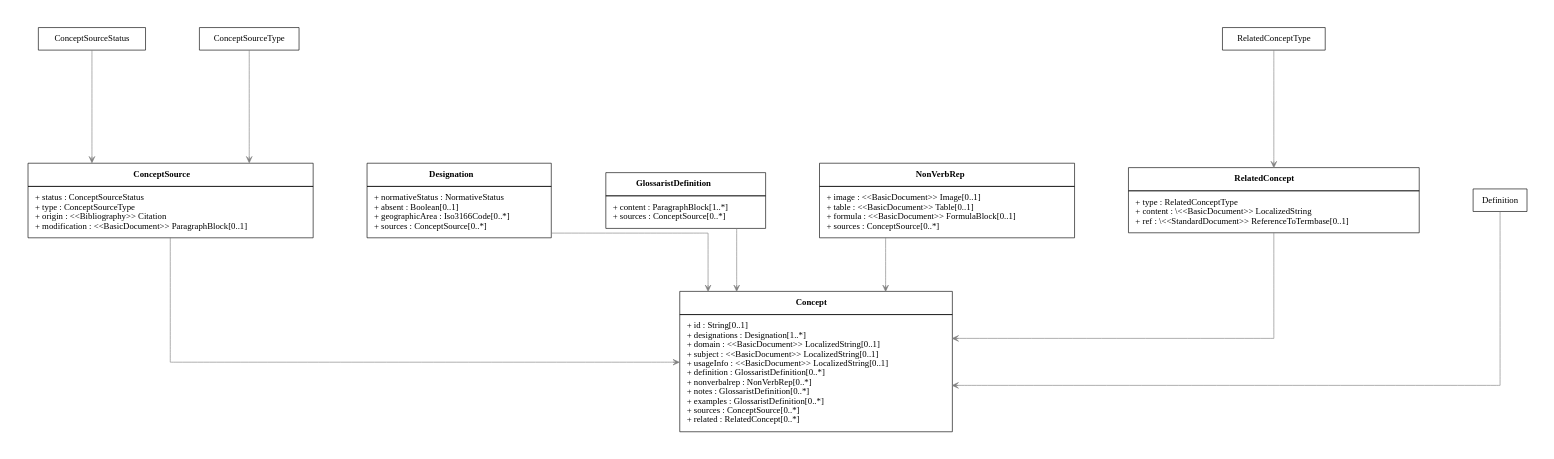
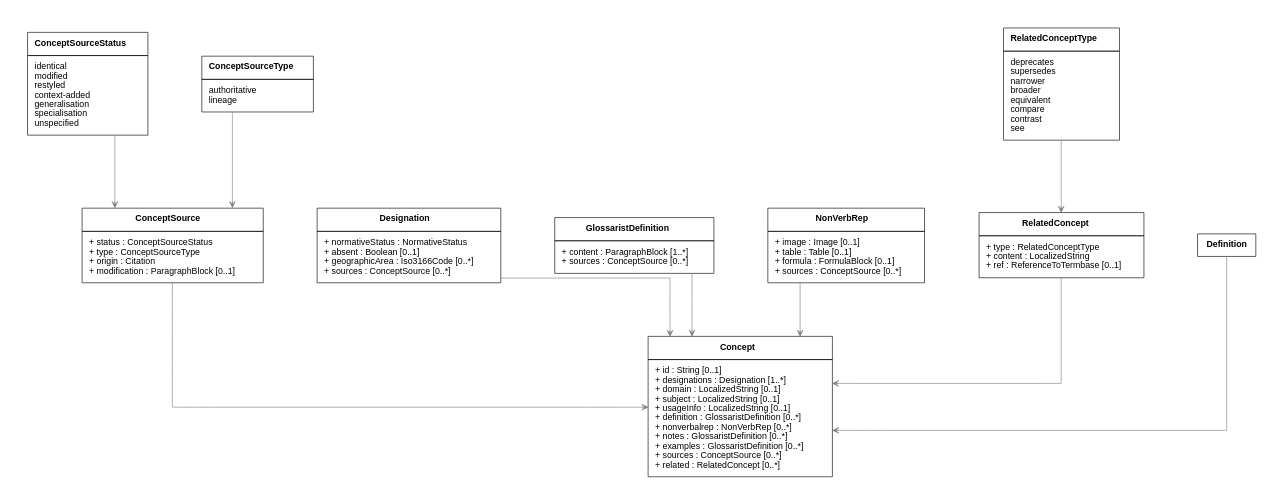
One commit to glossarist/concept-model changed the diagram in lutaml/Concepts.dot. Above: the diagram before and after it, drawn with Graphviz. The commit also changed 11 other files, not shown here.

```diff
--- a/lutaml/Concepts.dot
+++ b/lutaml/Concepts.dot
@@ -1,9 +1,9 @@
 digraph G {
   graph [splines="ortho" pad=0.5 ranksep="1.2.equally" nodesep="1.2.equally"]
   edge [color="gray50"]
-  node [shape="box"]
+  node [shape="box" fontname="Helvetica-bold"]
 
-  Concept [shape="plain" label=<
+  Concept [shape="plain" fontname="Helvetica" label=<
     <TABLE BORDER="0" CELLBORDER="1" CELLSPACING="0" CELLPADDING="10">
     <TR>
     <TD><B>Concept</B></TD>
@@ -12,17 +12,17 @@
   <TR>
     <TD>
           <TABLE BORDER="0" CELLPADDING="0" CELLSPACING="0">
-            <TR><TD ALIGN="LEFT">+ id : String&#91;0..1&#93;</TD></TR>
-            <TR><TD ALIGN="LEFT">+ designations : Designation&#91;1..*&#93;</TD></TR>
-            <TR><TD ALIGN="LEFT">+ domain : &#60;&#60;BasicDocument&#62;&#62; LocalizedString&#91;0..1&#93;</TD></TR>
-            <TR><TD ALIGN="LEFT">+ subject : &#60;&#60;BasicDocument&#62;&#62; LocalizedString&#91;0..1&#93;</TD></TR>
-            <TR><TD ALIGN="LEFT">+ usageInfo : &#60;&#60;BasicDocument&#62;&#62; LocalizedString&#91;0..1&#93;</TD></TR>
-            <TR><TD ALIGN="LEFT">+ definition : GlossaristDefinition&#91;0..*&#93;</TD></TR>
-            <TR><TD ALIGN="LEFT">+ nonverbalrep : NonVerbRep&#91;0..*&#93;</TD></TR>
-            <TR><TD ALIGN="LEFT">+ notes : GlossaristDefinition&#91;0..*&#93;</TD></TR>
-            <TR><TD ALIGN="LEFT">+ examples : GlossaristDefinition&#91;0..*&#93;</TD></TR>
-            <TR><TD ALIGN="LEFT">+ sources : ConceptSource&#91;0..*&#93;</TD></TR>
-            <TR><TD ALIGN="LEFT">+ related : RelatedConcept&#91;0..*&#93;</TD></TR>
+            <TR><TD ALIGN="LEFT">+ id : String &#91;0..1&#93;</TD></TR>
+            <TR><TD ALIGN="LEFT">+ designations : Designation &#91;1..*&#93;</TD></TR>
+            <TR><TD ALIGN="LEFT">+ domain : LocalizedString &#91;0..1&#93;</TD></TR>
+            <TR><TD ALIGN="LEFT">+ subject : LocalizedString &#91;0..1&#93;</TD></TR>
+            <TR><TD ALIGN="LEFT">+ usageInfo : LocalizedString &#91;0..1&#93;</TD></TR>
+            <TR><TD ALIGN="LEFT">+ definition : GlossaristDefinition &#91;0..*&#93;</TD></TR>
+            <TR><TD ALIGN="LEFT">+ nonverbalrep : NonVerbRep &#91;0..*&#93;</TD></TR>
+            <TR><TD ALIGN="LEFT">+ notes : GlossaristDefinition &#91;0..*&#93;</TD></TR>
+            <TR><TD ALIGN="LEFT">+ examples : GlossaristDefinition &#91;0..*&#93;</TD></TR>
+            <TR><TD ALIGN="LEFT">+ sources : ConceptSource &#91;0..*&#93;</TD></TR>
+            <TR><TD ALIGN="LEFT">+ related : RelatedConcept &#91;0..*&#93;</TD></TR>
           </TABLE>
         </TD>
   </TR>
@@ -30,7 +30,7 @@
   </TABLE>
   >]
   
-  ConceptSource [shape="plain" label=<
+  ConceptSource [shape="plain" fontname="Helvetica" label=<
     <TABLE BORDER="0" CELLBORDER="1" CELLSPACING="0" CELLPADDING="10">
     <TR>
     <TD><B>ConceptSource</B></TD>
@@ -41,8 +41,8 @@
           <TABLE BORDER="0" CELLPADDING="0" CELLSPACING="0">
             <TR><TD ALIGN="LEFT">+ status : ConceptSourceStatus</TD></TR>
             <TR><TD ALIGN="LEFT">+ type : ConceptSourceType</TD></TR>
-            <TR><TD ALIGN="LEFT">+ origin : &#60;&#60;Bibliography&#62;&#62; Citation</TD></TR>
-            <TR><TD ALIGN="LEFT">+ modification : &#60;&#60;BasicDocument&#62;&#62; ParagraphBlock&#91;0..1&#93;</TD></TR>
+            <TR><TD ALIGN="LEFT">+ origin : Citation</TD></TR>
+            <TR><TD ALIGN="LEFT">+ modification : ParagraphBlock &#91;0..1&#93;</TD></TR>
           </TABLE>
         </TD>
   </TR>
@@ -50,7 +50,7 @@
   </TABLE>
   >]
   
-  Designation [shape="plain" label=<
+  Designation [shape="plain" fontname="Helvetica" label=<
     <TABLE BORDER="0" CELLBORDER="1" CELLSPACING="0" CELLPADDING="10">
     <TR>
     <TD><B>Designation</B></TD>
@@ -60,9 +60,9 @@
     <TD>
           <TABLE BORDER="0" CELLPADDING="0" CELLSPACING="0">
             <TR><TD ALIGN="LEFT">+ normativeStatus : NormativeStatus</TD></TR>
-            <TR><TD ALIGN="LEFT">+ absent : Boolean&#91;0..1&#93;</TD></TR>
-            <TR><TD ALIGN="LEFT">+ geographicArea : Iso3166Code&#91;0..*&#93;</TD></TR>
-            <TR><TD ALIGN="LEFT">+ sources : ConceptSource&#91;0..*&#93;</TD></TR>
+            <TR><TD ALIGN="LEFT">+ absent : Boolean &#91;0..1&#93;</TD></TR>
+            <TR><TD ALIGN="LEFT">+ geographicArea : Iso3166Code &#91;0..*&#93;</TD></TR>
+            <TR><TD ALIGN="LEFT">+ sources : ConceptSource &#91;0..*&#93;</TD></TR>
           </TABLE>
         </TD>
   </TR>
@@ -70,7 +70,7 @@
   </TABLE>
   >]
   
-  GlossaristDefinition [shape="plain" label=<
+  GlossaristDefinition [shape="plain" fontname="Helvetica" label=<
     <TABLE BORDER="0" CELLBORDER="1" CELLSPACING="0" CELLPADDING="10">
     <TR>
     <TD><B>GlossaristDefinition</B></TD>
@@ -79,8 +79,8 @@
   <TR>
     <TD>
           <TABLE BORDER="0" CELLPADDING="0" CELLSPACING="0">
-            <TR><TD ALIGN="LEFT">+ content : ParagraphBlock&#91;1..*&#93;</TD></TR>
-            <TR><TD ALIGN="LEFT">+ sources : ConceptSource&#91;0..*&#93;</TD></TR>
+            <TR><TD ALIGN="LEFT">+ content : ParagraphBlock &#91;1..*&#93;</TD></TR>
+            <TR><TD ALIGN="LEFT">+ sources : ConceptSource &#91;0..*&#93;</TD></TR>
           </TABLE>
         </TD>
   </TR>
@@ -88,7 +88,7 @@
   </TABLE>
   >]
   
-  NonVerbRep [shape="plain" label=<
+  NonVerbRep [shape="plain" fontname="Helvetica" label=<
     <TABLE BORDER="0" CELLBORDER="1" CELLSPACING="0" CELLPADDING="10">
     <TR>
     <TD><B>NonVerbRep</B></TD>
@@ -97,10 +97,10 @@
   <TR>
     <TD>
           <TABLE BORDER="0" CELLPADDING="0" CELLSPACING="0">
-            <TR><TD ALIGN="LEFT">+ image : &#60;&#60;BasicDocument&#62;&#62; Image&#91;0..1&#93;</TD></TR>
-            <TR><TD ALIGN="LEFT">+ table : &#60;&#60;BasicDocument&#62;&#62; Table&#91;0..1&#93;</TD></TR>
-            <TR><TD ALIGN="LEFT">+ formula : &#60;&#60;BasicDocument&#62;&#62; FormulaBlock&#91;0..1&#93;</TD></TR>
-            <TR><TD ALIGN="LEFT">+ sources : ConceptSource&#91;0..*&#93;</TD></TR>
+            <TR><TD ALIGN="LEFT">+ image : Image &#91;0..1&#93;</TD></TR>
+            <TR><TD ALIGN="LEFT">+ table : Table &#91;0..1&#93;</TD></TR>
+            <TR><TD ALIGN="LEFT">+ formula : FormulaBlock &#91;0..1&#93;</TD></TR>
+            <TR><TD ALIGN="LEFT">+ sources : ConceptSource &#91;0..*&#93;</TD></TR>
           </TABLE>
         </TD>
   </TR>
@@ -108,7 +108,7 @@
   </TABLE>
   >]
   
-  RelatedConcept [shape="plain" label=<
+  RelatedConcept [shape="plain" fontname="Helvetica" label=<
     <TABLE BORDER="0" CELLBORDER="1" CELLSPACING="0" CELLPADDING="10">
     <TR>
     <TD><B>RelatedConcept</B></TD>
@@ -118,8 +118,73 @@
     <TD>
           <TABLE BORDER="0" CELLPADDING="0" CELLSPACING="0">
             <TR><TD ALIGN="LEFT">+ type : RelatedConceptType</TD></TR>
-            <TR><TD ALIGN="LEFT">+ content : \&#60;&#60;BasicDocument&#62;&#62; LocalizedString</TD></TR>
-            <TR><TD ALIGN="LEFT">+ ref : \&#60;&#60;StandardDocument&#62;&#62; ReferenceToTermbase&#91;0..1&#93;</TD></TR>
+            <TR><TD ALIGN="LEFT">+ content : LocalizedString</TD></TR>
+            <TR><TD ALIGN="LEFT">+ ref : ReferenceToTermbase &#91;0..1&#93;</TD></TR>
+          </TABLE>
+        </TD>
+  </TR>
+  
+  </TABLE>
+  >]
+  
+  ConceptSourceStatus [shape="plain" fontname="Helvetica" label=<
+    <TABLE BORDER="0" CELLBORDER="1" CELLSPACING="0" CELLPADDING="10">
+    <TR>
+    <TD><B>ConceptSourceStatus</B></TD>
+  </TR>
+  
+  <TR>
+    <TD>
+          <TABLE BORDER="0" CELLPADDING="0" CELLSPACING="0">
+            <TR><TD ALIGN="LEFT"> identical</TD></TR>
+            <TR><TD ALIGN="LEFT"> modified</TD></TR>
+            <TR><TD ALIGN="LEFT"> restyled</TD></TR>
+            <TR><TD ALIGN="LEFT"> context-added</TD></TR>
+            <TR><TD ALIGN="LEFT"> generalisation</TD></TR>
+            <TR><TD ALIGN="LEFT"> specialisation</TD></TR>
+            <TR><TD ALIGN="LEFT"> unspecified</TD></TR>
+          </TABLE>
+        </TD>
+  </TR>
+  
+  </TABLE>
+  >]
+  
+  ConceptSourceType [shape="plain" fontname="Helvetica" label=<
+    <TABLE BORDER="0" CELLBORDER="1" CELLSPACING="0" CELLPADDING="10">
+    <TR>
+    <TD><B>ConceptSourceType</B></TD>
+  </TR>
+  
+  <TR>
+    <TD>
+          <TABLE BORDER="0" CELLPADDING="0" CELLSPACING="0">
+            <TR><TD ALIGN="LEFT"> authoritative</TD></TR>
+            <TR><TD ALIGN="LEFT"> lineage</TD></TR>
+          </TABLE>
+        </TD>
+  </TR>
+  
+  </TABLE>
+  >]
+  
+  RelatedConceptType [shape="plain" fontname="Helvetica" label=<
+    <TABLE BORDER="0" CELLBORDER="1" CELLSPACING="0" CELLPADDING="10">
+    <TR>
+    <TD><B>RelatedConceptType</B></TD>
+  </TR>
+  
+  <TR>
+    <TD>
+          <TABLE BORDER="0" CELLPADDING="0" CELLSPACING="0">
+            <TR><TD ALIGN="LEFT"> deprecates</TD></TR>
+            <TR><TD ALIGN="LEFT"> supersedes</TD></TR>
+            <TR><TD ALIGN="LEFT"> narrower</TD></TR>
+            <TR><TD ALIGN="LEFT"> broader</TD></TR>
+            <TR><TD ALIGN="LEFT"> equivalent</TD></TR>
+            <TR><TD ALIGN="LEFT"> compare</TD></TR>
+            <TR><TD ALIGN="LEFT"> contrast</TD></TR>
+            <TR><TD ALIGN="LEFT"> see</TD></TR>
           </TABLE>
         </TD>
   </TR>
```
